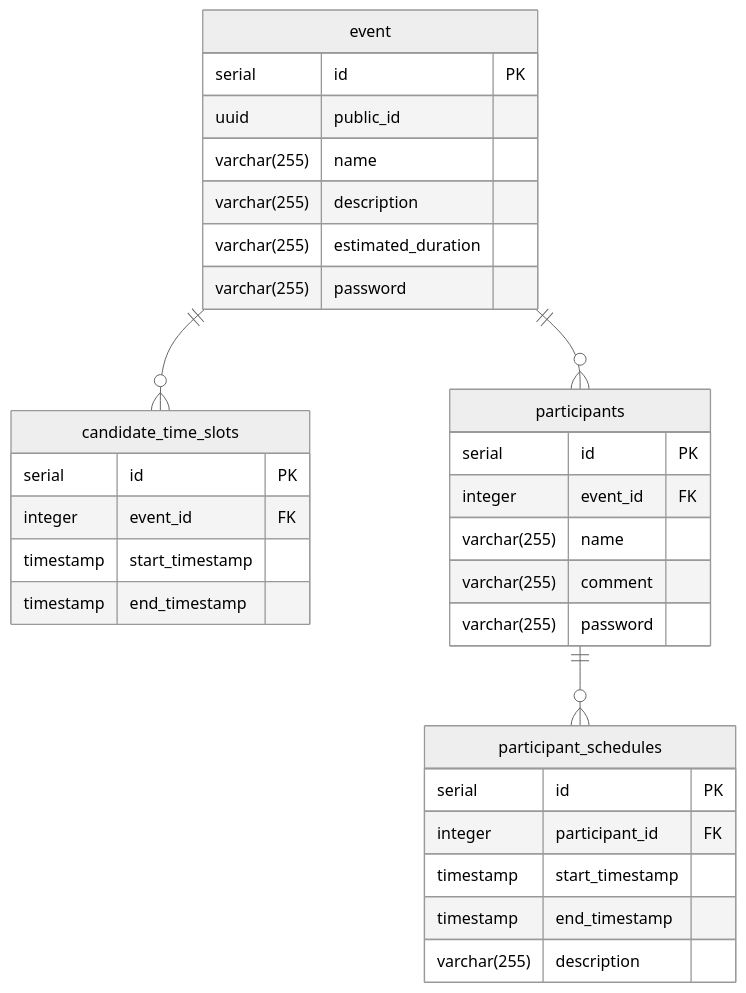
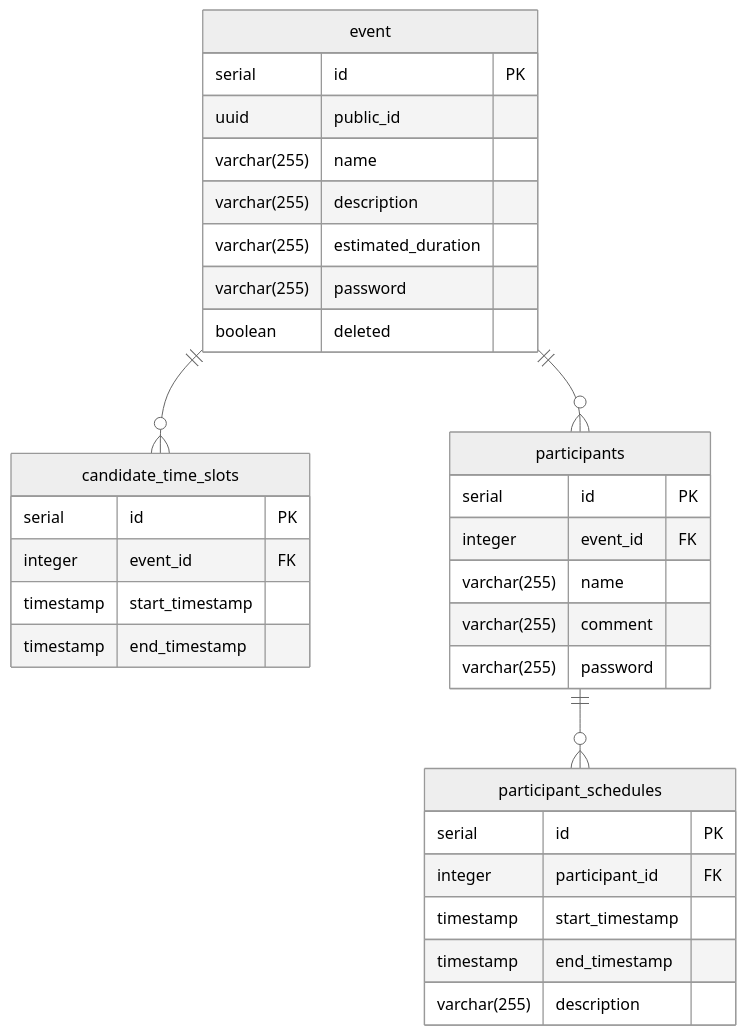
One commit to higashiji2000/niccho changed the diagram in er.md. Above: the diagram before and after it, drawn with Mermaid (neutral theme).

Commit message:
docs: er図更新

````diff
--- a/er.md
+++ b/er.md
@@ -1,38 +1,39 @@
 ```mermaid
 erDiagram
   event ||--o{ candidate_time_slots : ""
   event ||--o{ participants : ""
   participants ||--o{ participant_schedules : ""
 
   event {
     serial id PK
     uuid public_id
     varchar(255) name
     varchar(255) description
     varchar(255) estimated_duration
     varchar(255) password
+    boolean deleted
   }
 
   candidate_time_slots {
     serial id PK
     integer event_id FK
     timestamp start_timestamp
     timestamp end_timestamp
   }
 
   participants {
     serial id PK
     integer event_id FK
     varchar(255) name
     varchar(255) comment
     varchar(255) password
   }
 
   participant_schedules {
     serial id PK
     integer participant_id FK
     timestamp start_timestamp
     timestamp end_timestamp
     varchar(255) description
   }
 ```
````
